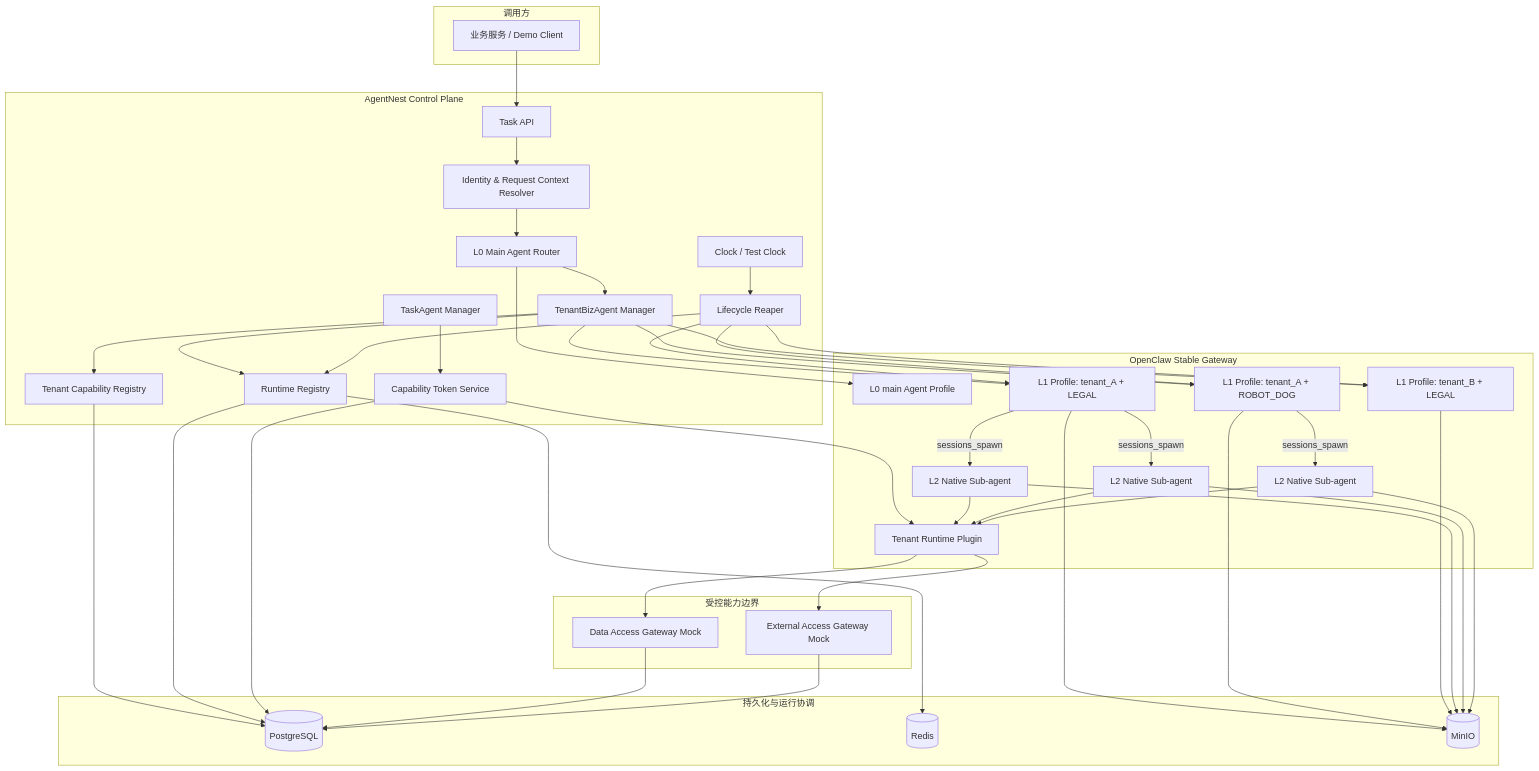
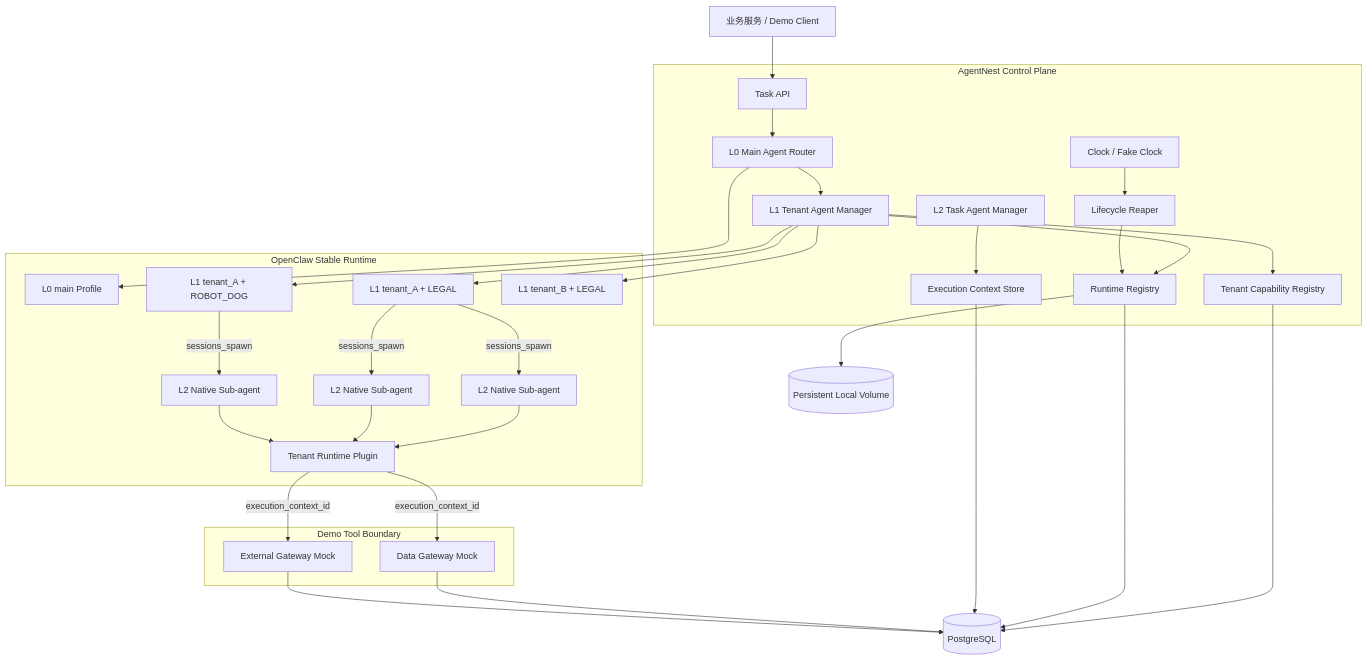
The diagram in docs/architecture.md (liuchuang164/AgentNest), drawn with Mermaid before and after one commit. The commit also changed other lines of this file, not shown here.

Commit message:
docs: simplify AgentNest architecture for demo implementation

````diff
--- a/docs/architecture.md
+++ b/docs/architecture.md
@@ -25,80 +25,64 @@
 ```mermaid
 flowchart TB
-    subgraph Caller[调用方]
-        Web[业务服务 / Demo Client]
-    end
+    Client[业务服务 / Demo Client]
 
     subgraph CP[AgentNest Control Plane]
         API[Task API]
-        Auth[Identity & Request Context Resolver]
         MainRouter[L0 Main Agent Router]
-        TenantManager[TenantBizAgent Manager]
-        TaskManager[TaskAgent Manager]
-        Cap[Tenant Capability Registry]
-        Token[Capability Token Service]
+        TenantManager[L1 Tenant Agent Manager]
+        TaskManager[L2 Task Agent Manager]
+        Capability[Tenant Capability Registry]
         Runtime[Runtime Registry]
+        Context[Execution Context Store]
         Reaper[Lifecycle Reaper]
-        Clock[Clock / Test Clock]
+        Clock[Clock / Fake Clock]
     end
 
-    subgraph OC[OpenClaw Stable Gateway]
-        Main[L0 main Agent Profile]
-        L1A[L1 Profile: tenant_A + LEGAL]
-        L1B[L1 Profile: tenant_A + ROBOT_DOG]
-        L1C[L1 Profile: tenant_B + LEGAL]
+    subgraph OC[OpenClaw Stable Runtime]
+        Main[L0 main Profile]
+        L1A[L1 tenant_A + LEGAL]
+        L1B[L1 tenant_A + ROBOT_DOG]
+        L1C[L1 tenant_B + LEGAL]
         L2A[L2 Native Sub-agent]
         L2B[L2 Native Sub-agent]
         L2C[L2 Native Sub-agent]
         Plugin[Tenant Runtime Plugin]
     end
 
-    subgraph Gateways[受控能力边界]
-        DAG[Data Access Gateway Mock]
-        EAG[External Access Gateway Mock]
+    subgraph GW[Demo Tool Boundary]
+        DAG[Data Gateway Mock]
+        EAG[External Gateway Mock]
     end
 
-    subgraph State[持久化与运行协调]
-        PG[(PostgreSQL)]
-        Redis[(Redis)]
-        MinIO[(MinIO)]
-    end
+    PG[(PostgreSQL)]
+    FS[(Persistent Local Volume)]
 
-    Web --> API --> Auth --> MainRouter
+    Client --> API --> MainRouter
     MainRouter --> Main
     MainRouter --> TenantManager
-    TenantManager --> Cap
+    TenantManager --> Capability
     TenantManager --> Runtime
     TenantManager --> L1A
     TenantManager --> L1B
     TenantManager --> L1C
 
     L1A -->|sessions_spawn| L2A
     L1A -->|sessions_spawn| L2B
     L1B -->|sessions_spawn| L2C
 
-    TaskManager --> Token
-    Token --> Plugin
+    TaskManager --> Context
     L2A --> Plugin
     L2B --> Plugin
     L2C --> Plugin
-    Plugin --> DAG
-    Plugin --> EAG
+    Plugin -->|execution_context_id| DAG
+    Plugin -->|execution_context_id| EAG
 
-    Cap --> PG
+    Capability --> PG
     Runtime --> PG
-    Runtime --> Redis
-    Token --> PG
-    Reaper --> Runtime
-    Reaper --> L1A
-    Reaper --> L1B
-    Reaper --> L1C
-    Clock --> Reaper
-    L1A --> MinIO
-    L1B --> MinIO
-    L1C --> MinIO
-    L2A --> MinIO
-    L2B --> MinIO
-    L2C --> MinIO
+    Context --> PG
     DAG --> PG
     EAG --> PG
+    Reaper --> Runtime
+    Clock --> Reaper
+    Runtime --> FS
 ```
````
